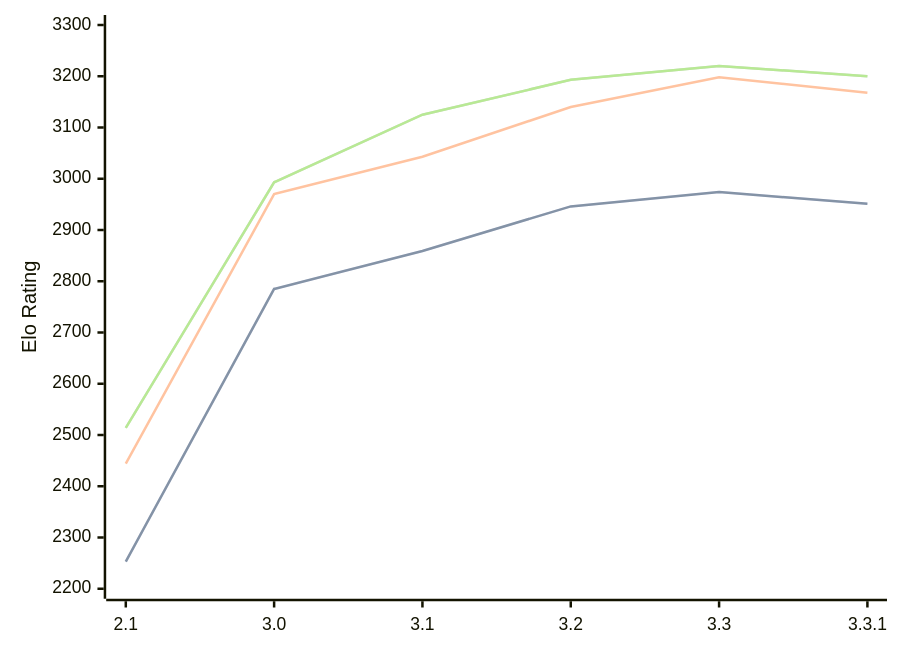
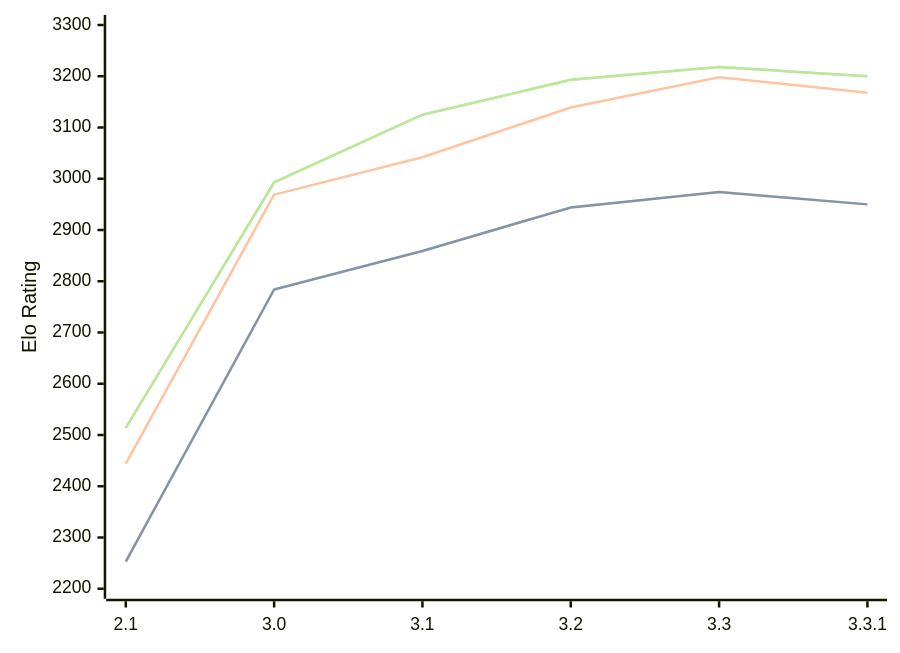
Before and after one commit to computer-chess-index/cci: the diagram in engines/Petrel.md, drawn with Mermaid. The commit also changed other lines of this file, not shown here.

Commit message:
Update CCI Ratings (ELO VLTC) - 2026-03-22

````diff
--- a/engines/Petrel.md
+++ b/engines/Petrel.md
@@ -45,11 +45,11 @@
 ```mermaid
 %%{init: {"theme":"base","themeVariables":{"seriesColors:['#a3a3a3','#222221','#faa371']}}}%%
 xychart-beta
   x-axis ["2.1", "3.0", "3.1", "3.2", "3.3", "3.3.1"]
   y-axis "Elo Rating" 2200 --> 3300
-  line "STC (8.0+0.08s)" [2253, 2785, 2859, 2946, 2974, 2951]
-  line "STC (8.0+0.08s)" [2253, 2785, 2859, 2946, 2974, 2951]
-  line "LTC (60.0+0.60s)" [2444, 2970, 3043, 3140, 3198, 3168]
-  line "VLTC (2m24s+1.12s)" [2514, 2993, 3125, 3193, 3220, 3200]
-  line "VLTC (2m24s+1.12s)" [2514, 2993, 3125, 3193, 3220, 3200]
+  line "STC (8.0+0.08s)" [2253, 2784, 2859, 2944, 2974, 2950]
+  line "STC (8.0+0.08s)" [2253, 2784, 2859, 2944, 2974, 2950]
+  line "LTC (60.0+0.60s)" [2444, 2969, 3042, 3139, 3198, 3168]
+  line "VLTC (2m24s+1.12s)" [2514, 2993, 3125, 3193, 3218, 3200]
+  line "VLTC (2m24s+1.12s)" [2514, 2993, 3125, 3193, 3218, 3200]
 ```
````
